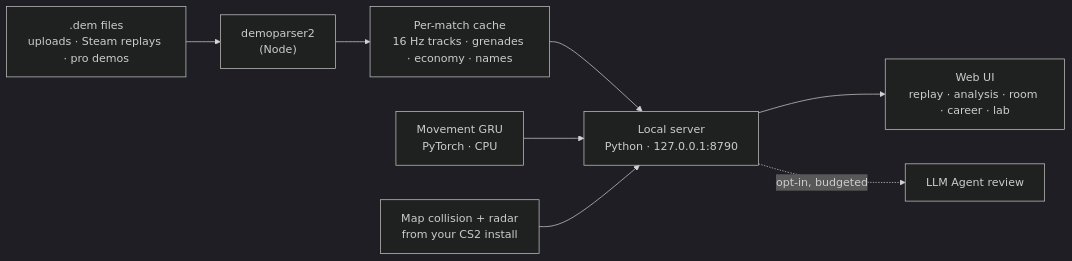
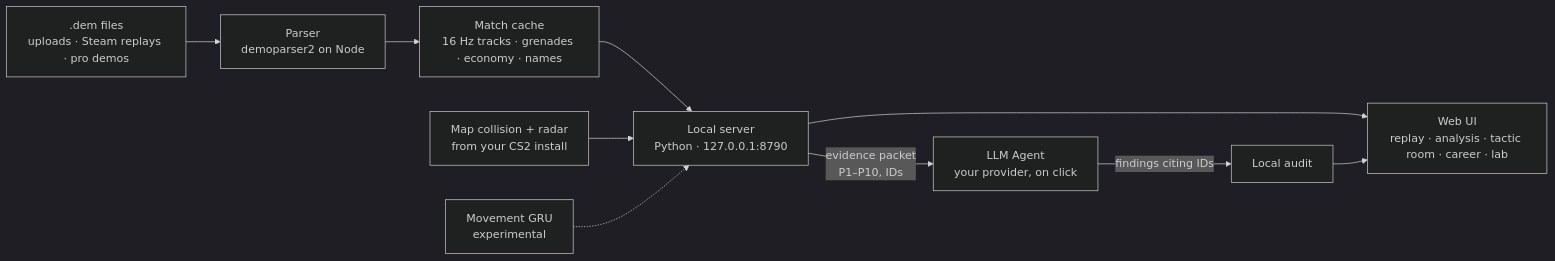
The diagram in README.md (ethany14/Cs2-Roundcrafter), drawn with Mermaid (dark theme) before and after one commit. The commit also changed other lines of this file, not shown here.

First line of the commit message:
Rewrite the README to match the product website

````diff
--- a/README.md
+++ b/README.md
@@ -77,10 +110,11 @@
 ```mermaid
 flowchart LR
-  A[".dem files<br/>uploads · Steam replays · pro demos"] --> B["demoparser2<br/>(Node)"]
-  B --> C["Per-match cache<br/>16 Hz tracks · grenades · economy · names"]
+  A[".dem files<br/>uploads · Steam replays · pro demos"] --> B["Parser<br/>demoparser2 on Node"]
+  B --> C["Match cache<br/>16 Hz tracks · grenades · economy · names"]
   C --> D["Local server<br/>Python · 127.0.0.1:8790"]
-  D --> E["Web UI<br/>replay · analysis · room · career · lab"]
-  M["Movement GRU<br/>PyTorch · CPU"] --> D
+  D --> E["Web UI<br/>replay · analysis · tactic room · career · lab"]
+  D -- "evidence packet<br/>P1–P10, IDs" --> L["LLM Agent<br/>your provider, on click"]
+  L -- "findings citing IDs" --> U["Local audit"] --> E
   G["Map collision + radar<br/>from your CS2 install"] --> D
-  D -. "opt-in, budgeted" .-> L["LLM Agent review"]
+  M["Movement GRU<br/>experimental"] -.-> D
 ```
````
